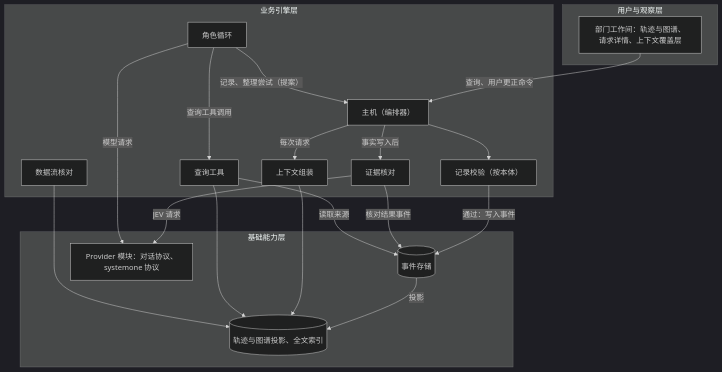
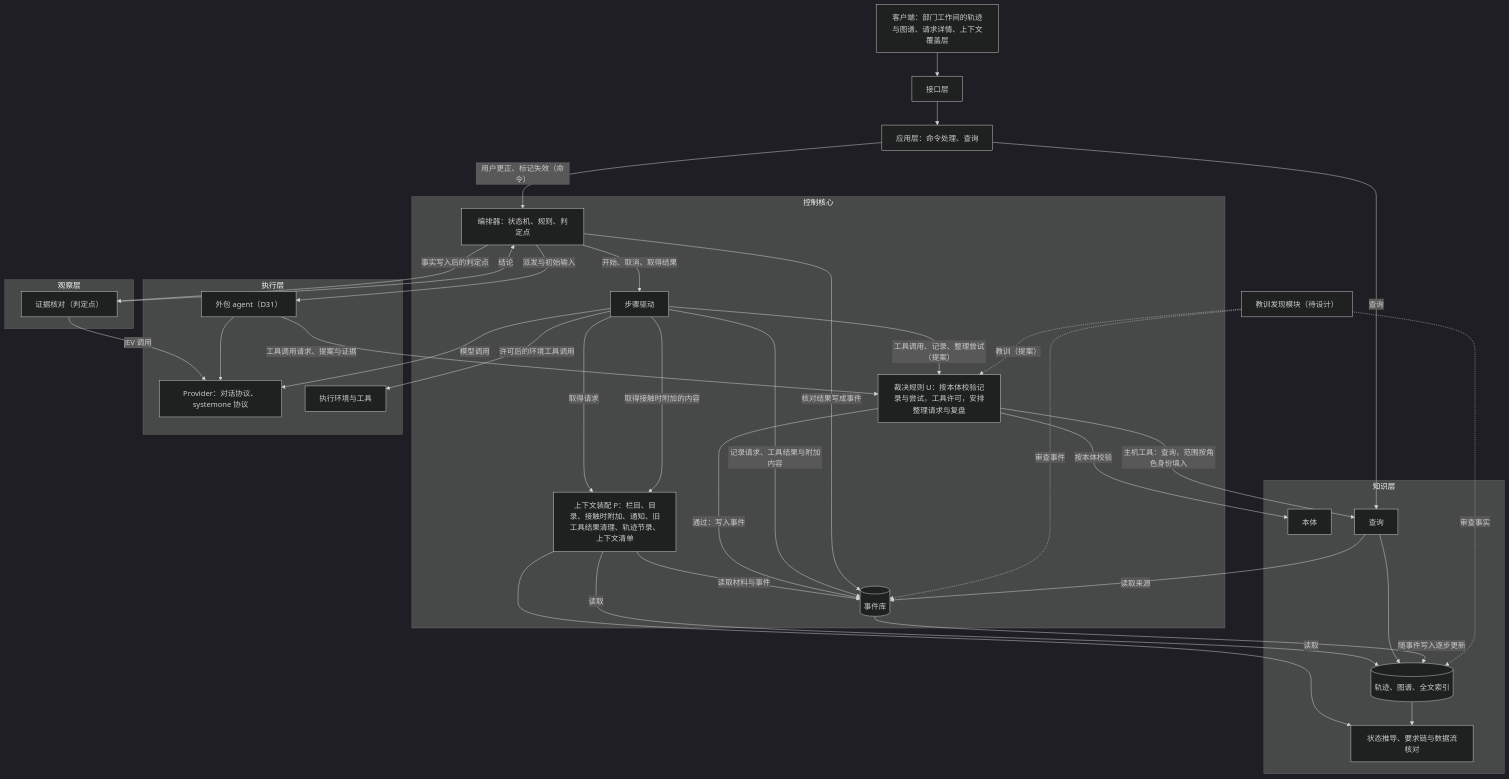
One commit to bender2333/yudao changed the second of 5 diagrams in docs/design/semantic-system.md. Above: the diagram before and after it, drawn with Mermaid (dark theme). The commit also changed other lines of this file and 17 other files, not shown here.

````diff
--- a/docs/design/semantic-system.md
+++ b/docs/design/semantic-system.md
@@ -82,35 +89,58 @@
 ```mermaid
 flowchart TB
-  subgraph UI["用户与观察层"]
-    Room["部门工作间：轨迹与图谱、请求详情、上下文覆盖层"]
+  Client["客户端：部门工作间的轨迹与图谱、请求详情、上下文覆盖层"]
+  Api["接口层"]
+  App["应用层：命令处理、查询"]
+  subgraph Core["控制核心"]
+    Orch["编排器：状态机、规则、判定点"]
+    Driver["步骤驱动"]
+    P["上下文装配 P：栏目、目录、接触时附加、通知、旧工具结果清理、轨迹节录、上下文清单"]
+    U["裁决规则 U：按本体校验记录与尝试，工具许可，安排整理请求与复盘"]
+    ES[("事件库")]
   end
-  subgraph Engine["业务引擎层"]
-    Host["主机（编排器）"]
-    Check["记录校验（按本体）"]
-    Verify["证据核对"]
-    Asm["上下文组装"]
-    Query["查询工具"]
-    Flow["数据流核对"]
-    Loop["角色循环"]
+  subgraph Know["知识层"]
+    Onto["本体"]
+    Proj[("轨迹、图谱、全文索引")]
+    Derive["状态推导、要求链与数据流核对"]
+    Query["查询"]
   end
-  subgraph Base["基础能力层"]
-    ES[("事件存储")]
-    Proj[("轨迹与图谱投影、全文索引")]
-    PM["Provider 模块：对话协议、systemone 协议"]
+  subgraph Observe["观察层"]
+    Verify["证据核对（判定点）"]
   end
-  Room -->|"查询、用户更正命令"| Host
-  Loop -->|"记录、整理尝试（提案）"| Host
-  Host --> Check
-  Check -->|"通过：写入事件"| ES
-  Host -->|"事实写入后"| Verify
-  Verify -->|"JEV 请求"| PM
-  Verify -->|"核对结果事件"| ES
-  ES -->|"投影"| Proj
-  Host -->|"每次请求"| Asm
-  Asm --> Proj
-  Loop -->|"查询工具调用"| Query
+  subgraph Exec["执行层"]
+    Prov["Provider：对话协议、systemone 协议"]
+    Env["执行环境与工具"]
+    Out["外包 agent（D31）"]
+  end
+  Lesson["教训发现模块（待设计）"]
+  Client --> Api --> App
+  App -->|"用户更正、标记失效（命令）"| Orch
+  App -->|"查询"| Query
+  Orch -->|"开始、取消、取得结果"| Driver
+  Driver -->|"取得请求"| P
+  P -->|"读取"| Proj
+  P -->|"读取"| Derive
+  P -->|"读取材料与事件"| ES
+  Driver -->|"模型调用"| Prov
+  Driver -->|"工具调用、记录、整理尝试（提案）"| U
+  U -->|"按本体校验"| Onto
+  U -->|"通过：写入事件"| ES
+  U -->|"主机工具：查询，范围按角色身份填入"| Query
+  Driver -->|"许可后的环境工具调用"| Env
+  Driver -->|"取得接触时附加的内容"| P
+  Driver -->|"记录请求、工具结果与附加内容"| ES
   Query --> Proj
   Query -->|"读取来源"| ES
-  Flow --> Proj
-  Loop -->|"模型请求"| PM
+  ES -->|"随事件写入逐步更新"| Proj
+  Proj --> Derive
+  Orch -->|"事实写入后的判定点"| Verify
+  Verify -->|"JEV 调用"| Prov
+  Verify -->|"结论"| Orch
+  Orch -->|"核对结果写成事件"| ES
+  Orch -->|"派发与初始输入"| Out
+  Out -->|"工具调用请求、提案与证据"| U
+  Out --> Prov
+  Lesson -.->|"审查事件"| ES
+  Lesson -.->|"审查事实"| Proj
+  Lesson -.->|"教训（提案）"| U
 ```
````
